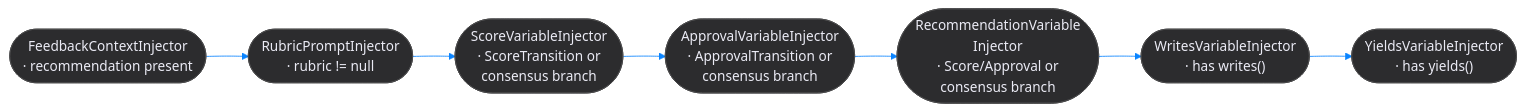
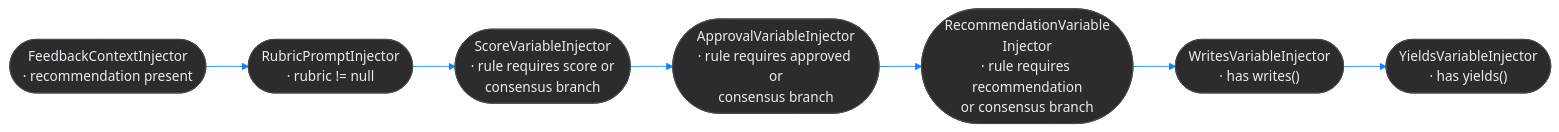
Before and after one commit to hensu-project/hensu: the second of 3 diagrams in docs/developer-guide-core.md, drawn with Mermaid. The commit also changed other lines of this file and 50 other files, not shown here.

````diff
--- a/docs/developer-guide-core.md
+++ b/docs/developer-guide-core.md
@@ -873,19 +926,19 @@
 ```mermaid
 flowchart LR
     fc(["FeedbackContextInjector\n· recommendation present"]) --> r(["RubricPromptInjector\n· rubric != null"])
-    r --> s(["ScoreVariableInjector\n· ScoreTransition or\nconsensus branch"])
-    s --> a(["ApprovalVariableInjector\n· ApprovalTransition or\nconsensus branch"])
-    a --> rec(["RecommendationVariable\nInjector\n· Score/Approval or\nconsensus branch"])
+    r --> s(["ScoreVariableInjector\n· rule requires score or\nconsensus branch"])
+    s --> a(["ApprovalVariableInjector\n· rule requires approved or\nconsensus branch"])
+    a --> rec(["RecommendationVariable\nInjector\n· rule requires recommendation\nor consensus branch"])
     rec --> w(["WritesVariableInjector\n· has writes()"])
     w --> y(["YieldsVariableInjector\n· has yields()"])
 
     style fc fill:#2c2c2e, stroke:#48484a, color:#ebebf5, stroke-width:1px
     style r fill:#2c2c2e, stroke:#48484a, color:#ebebf5, stroke-width:1px
     style s fill:#2c2c2e, stroke:#48484a, color:#ebebf5, stroke-width:1px
     style a fill:#2c2c2e, stroke:#48484a, color:#ebebf5, stroke-width:1px
     style rec fill:#2c2c2e, stroke:#48484a, color:#ebebf5, stroke-width:1px
     style w fill:#2c2c2e, stroke:#48484a, color:#ebebf5, stroke-width:1px
     style y fill:#2c2c2e, stroke:#48484a, color:#ebebf5, stroke-width:1px
 
     linkStyle default stroke:#0A84FF, stroke-width:1px
 ```
````
